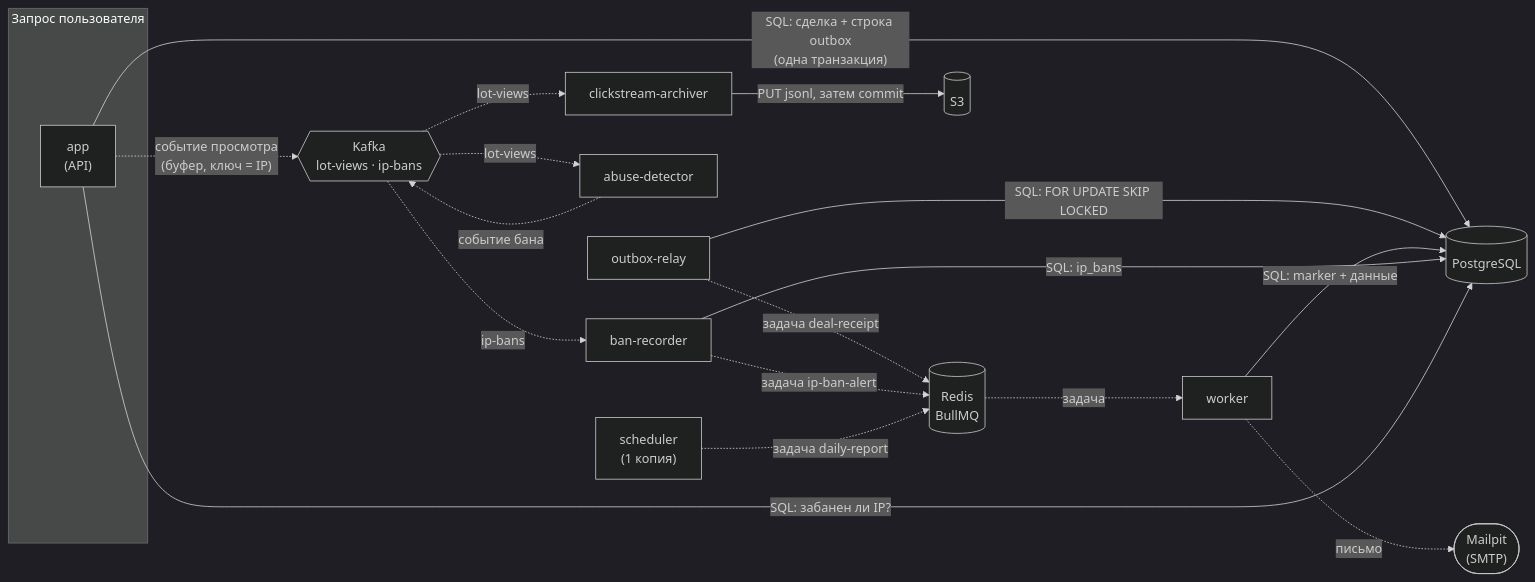
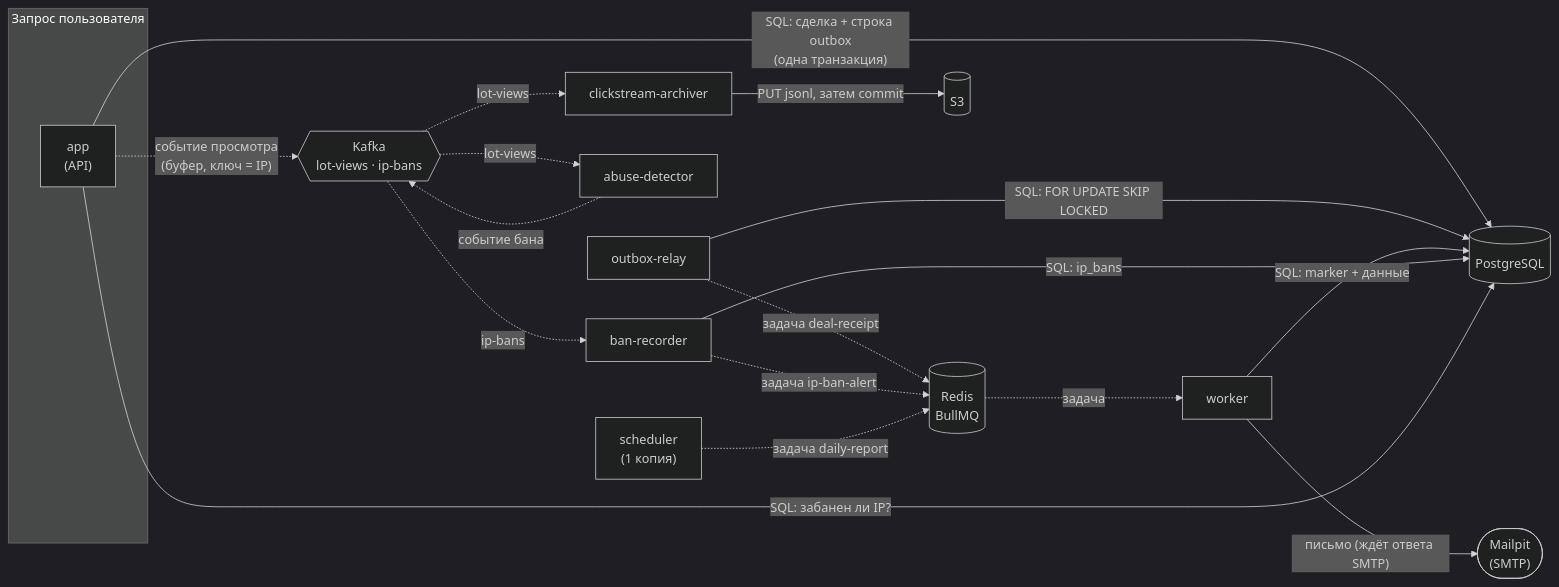
One commit to Elaman19/system-design changed the diagram in docs/background/README.md. Above: the diagram before and after it, drawn with Mermaid (dark theme). The commit also changed other lines of this file and 24 other files, not shown here.

````diff
--- a/docs/background/README.md
+++ b/docs/background/README.md
@@ -9,30 +9,30 @@
 ```mermaid
 flowchart LR
   subgraph sync["Запрос пользователя"]
     API["app<br/>(API)"]
   end
   PG[("PostgreSQL")]
   R[("Redis<br/>BullMQ")]
   K{{"Kafka<br/>lot-views · ip-bans"}}
   S3[("S3")]
   M(["Mailpit<br/>(SMTP)"])
 
   API -- "SQL: сделка + строка outbox<br/>(одна транзакция)" --> PG
   REL["outbox-relay"] -- "SQL: FOR UPDATE SKIP LOCKED" --> PG
   REL -. "задача deal-receipt" .-> R
   R -. "задача" .-> W["worker"]
   W -- "SQL: marker + данные" --> PG
-  W -. "письмо" .-> M
+  W -- "письмо (ждёт ответа SMTP)" --> M
 
   API -. "событие просмотра<br/>(буфер, ключ = IP)" .-> K
   K -. "lot-views" .-> ARC["clickstream-archiver"]
   ARC -- "PUT jsonl, затем commit" --> S3
   K -. "lot-views" .-> DET["abuse-detector"]
   DET -. "событие бана" .-> K
   K -. "ip-bans" .-> REC["ban-recorder"]
   REC -- "SQL: ip_bans" --> PG
   REC -. "задача ip-ban-alert" .-> R
   API -- "SQL: забанен ли IP?" --> PG
 
   SCH["scheduler<br/>(1 копия)"] -. "задача daily-report" .-> R
 ```
````
